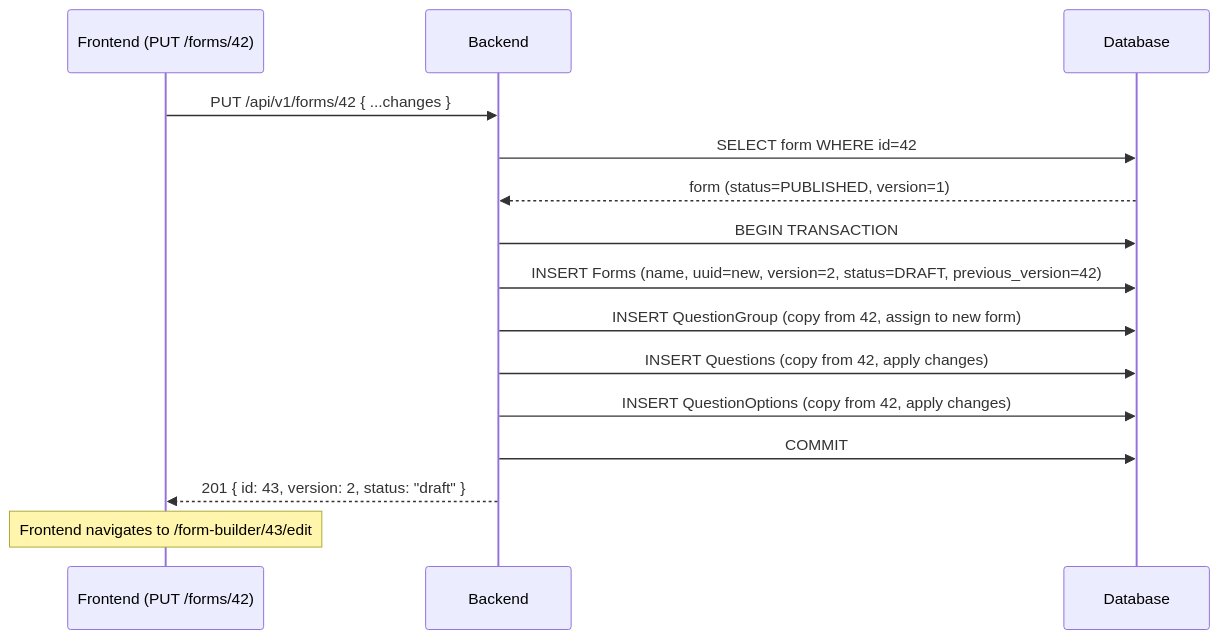
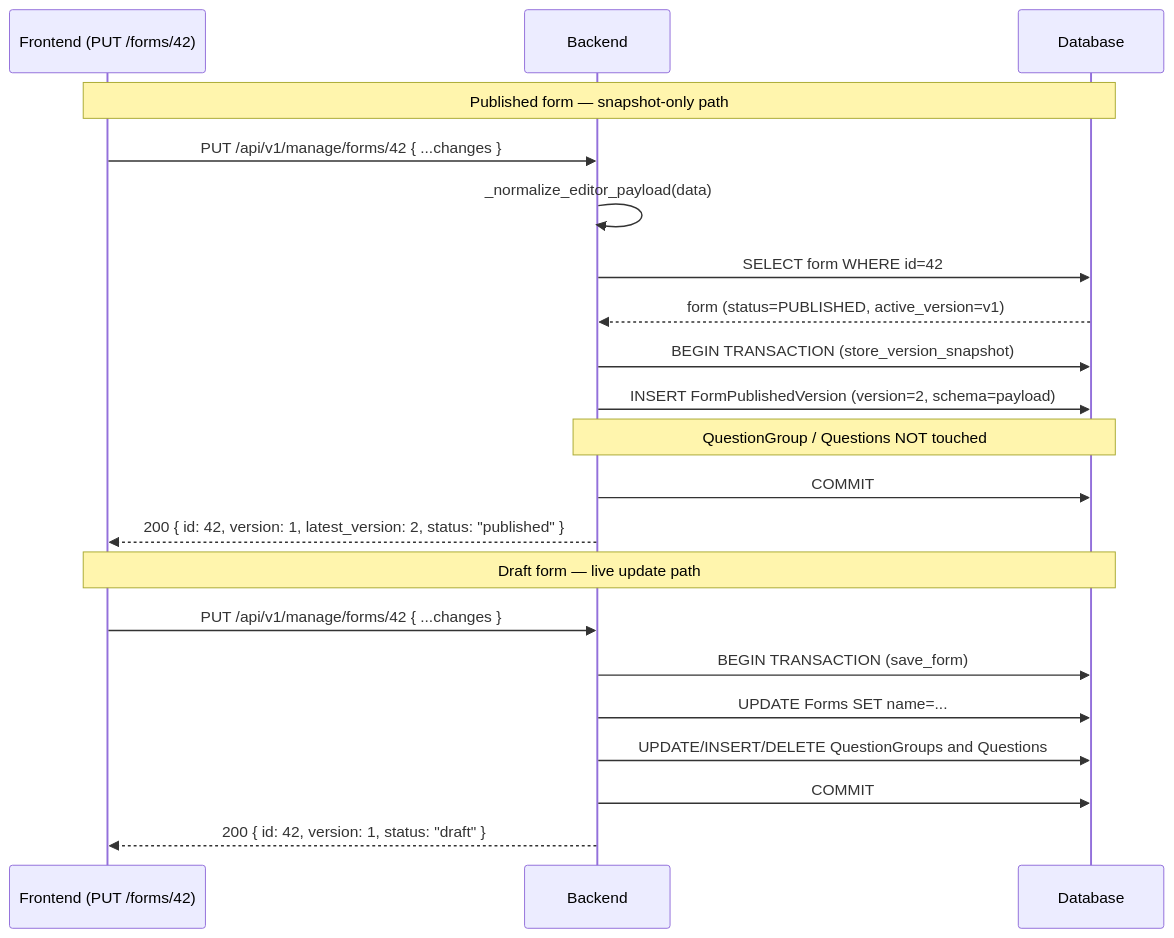
The first of 2 diagrams in doc/claude/form-builder-backend-api/design.md (akvo/akvo-mis), drawn with Mermaid before and after one commit. The commit also changed other lines of this file and 7 other files, not shown here.

First line of the commit message:
[#229] Update form builder backend API and version schema docs (FB-002)

````diff
--- a/doc/claude/form-builder-backend-api/design.md
+++ b/doc/claude/form-builder-backend-api/design.md
@@ -198,18 +208,27 @@
 ```mermaid
 sequenceDiagram
     participant FE as Frontend (PUT /forms/42)
     participant BE as Backend
     participant DB as Database
 
-    FE->>BE: PUT /api/v1/forms/42 { ...changes }
+    note over FE,DB: Published form — snapshot-only path
+
+    FE->>BE: PUT /api/v1/manage/forms/42 { ...changes }
+    BE->>BE: _normalize_editor_payload(data)
     BE->>DB: SELECT form WHERE id=42
-    DB-->>BE: form (status=PUBLISHED, version=1)
-    BE->>DB: BEGIN TRANSACTION
-    BE->>DB: INSERT Forms (name, uuid=new, version=2, status=DRAFT, previous_version=42)
-    BE->>DB: INSERT QuestionGroup (copy from 42, assign to new form)
-    BE->>DB: INSERT Questions (copy from 42, apply changes)
-    BE->>DB: INSERT QuestionOptions (copy from 42, apply changes)
+    DB-->>BE: form (status=PUBLISHED, active_version=v1)
+    BE->>DB: BEGIN TRANSACTION (store_version_snapshot)
+    BE->>DB: INSERT FormPublishedVersion (version=2, schema=payload)
+    note over BE,DB: QuestionGroup / Questions NOT touched
     BE->>DB: COMMIT
-    BE-->>FE: 201 { id: 43, version: 2, status: "draft" }
-    note over FE: Frontend navigates to /form-builder/43/edit
+    BE-->>FE: 200 { id: 42, version: 1, latest_version: 2, status: "published" }
+
+    note over FE,DB: Draft form — live update path
+
+    FE->>BE: PUT /api/v1/manage/forms/42 { ...changes }
+    BE->>DB: BEGIN TRANSACTION (save_form)
+    BE->>DB: UPDATE Forms SET name=...
+    BE->>DB: UPDATE/INSERT/DELETE QuestionGroups and Questions
+    BE->>DB: COMMIT
+    BE-->>FE: 200 { id: 42, version: 1, status: "draft" }
 ```
````
